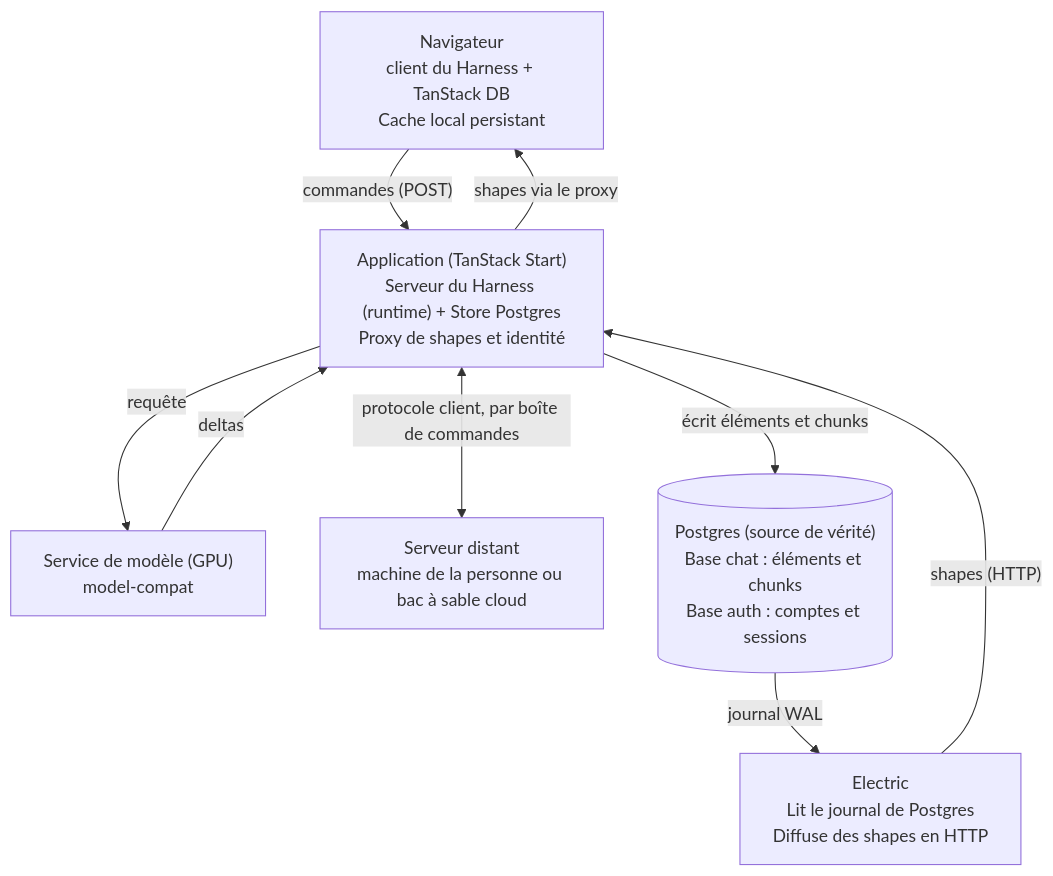
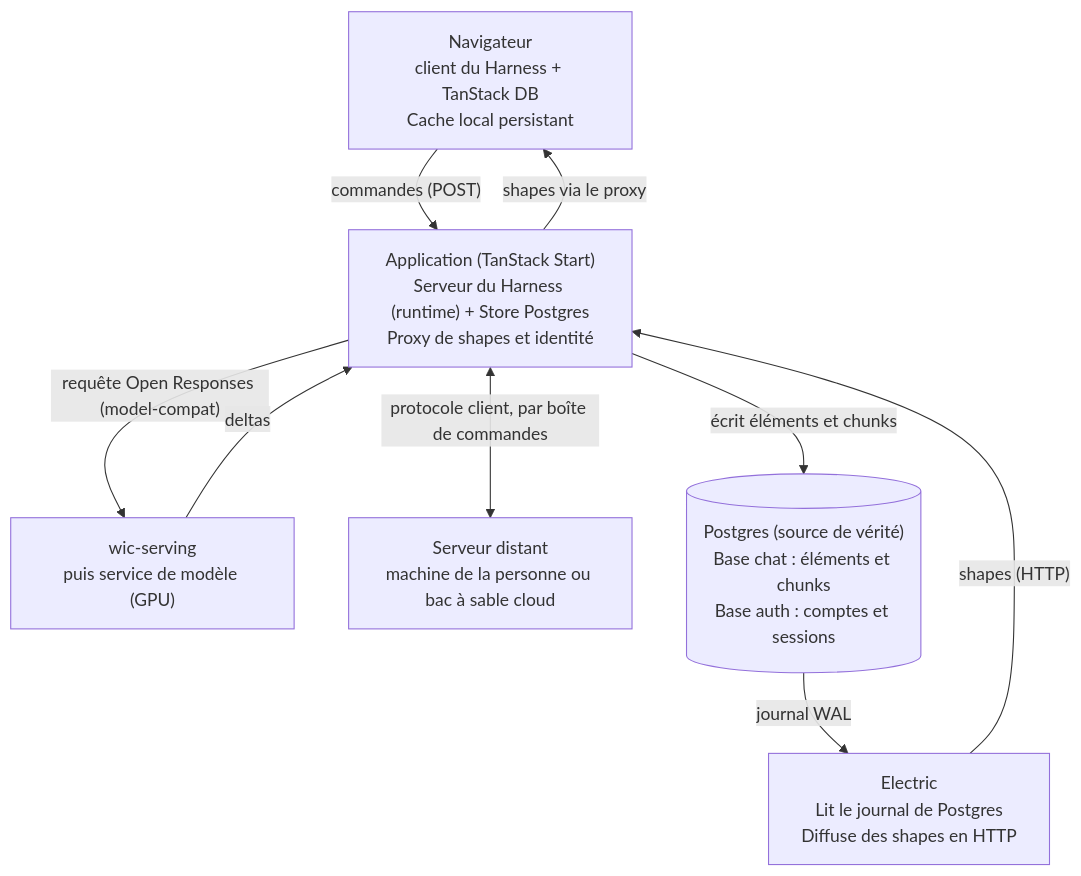
Before and after one commit to Workers-Intelligence-Commons/wica: the diagram in specs/chat.md, drawn with Mermaid. The commit also changed other lines of this file and 146 other files, not shown here.

````diff
--- a/specs/chat.md
+++ b/specs/chat.md
@@ -36,12 +36,12 @@
 ```mermaid
 flowchart TD
   N["Navigateur<br/>client du Harness + TanStack DB<br/>Cache local persistant"] -->|"commandes (POST)"| A
   A -->|"shapes via le proxy"| N
   A["Application (TanStack Start)<br/>Serveur du Harness (runtime) + Store Postgres<br/>Proxy de shapes et identité"]
-  A -->|"requête"| G["Service de modèle (GPU)<br/>model-compat"]
+  A -->|"requête Open Responses (model-compat)"| G["wic-serving<br/>puis service de modèle (GPU)"]
   G -->|"deltas"| A
   A <-->|"protocole client, par boîte de commandes"| ENV["Serveur distant<br/>machine de la personne ou bac à sable cloud"]
   A -->|"écrit éléments et chunks"| P[("Postgres (source de vérité)<br/>Base chat : éléments et chunks<br/>Base auth : comptes et sessions")]
   P -->|"journal WAL"| E["Electric<br/>Lit le journal de Postgres<br/>Diffuse des shapes en HTTP"]
   E -->|"shapes (HTTP)"| A
 ```
````
